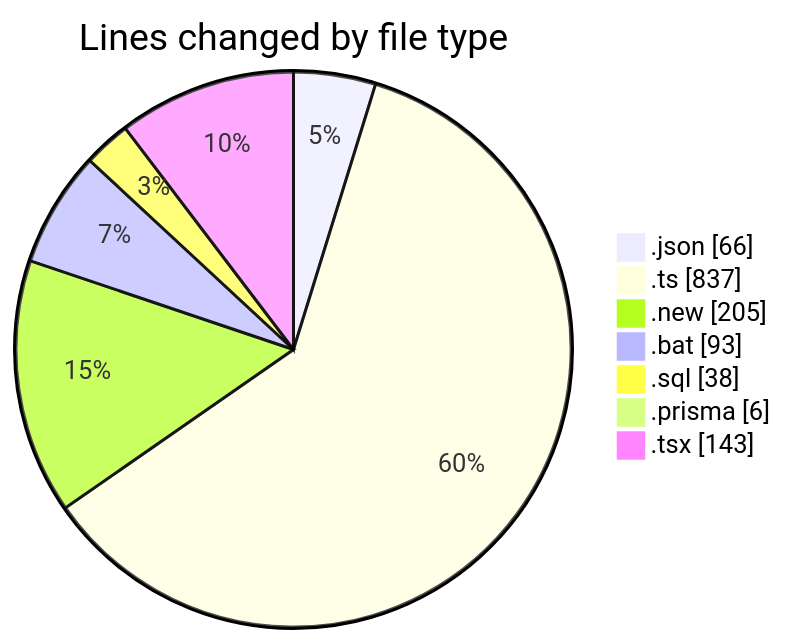
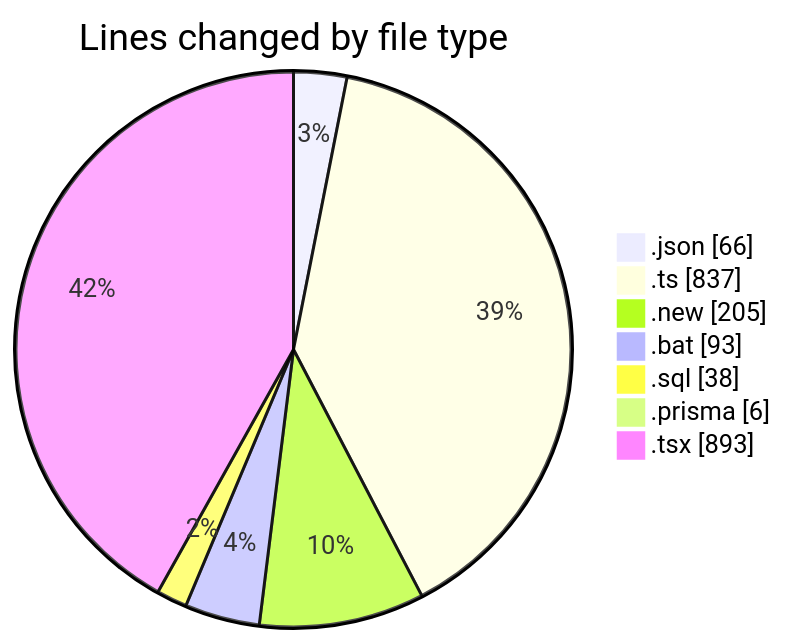
Before and after one commit to CELIANVF/code-tracking: the first of 2 diagrams in 2025-05-20/ecodeli-1/README.md, drawn with Mermaid. The commit also changed other lines of this file and 1 other file, not shown here.

````diff
--- a/2025-05-20/ecodeli-1/README.md
+++ b/2025-05-20/ecodeli-1/README.md
@@ -35,11 +35,11 @@
 ```mermaid
 pie showData
 title Lines changed by file type
 ".json" : 66
 ".ts" : 837
 ".new" : 205
 ".bat" : 93
 ".sql" : 38
 ".prisma" : 6
-".tsx" : 143
+".tsx" : 893
 ```
````
